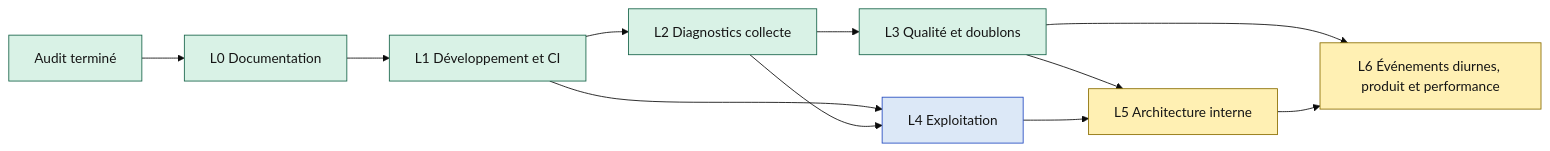
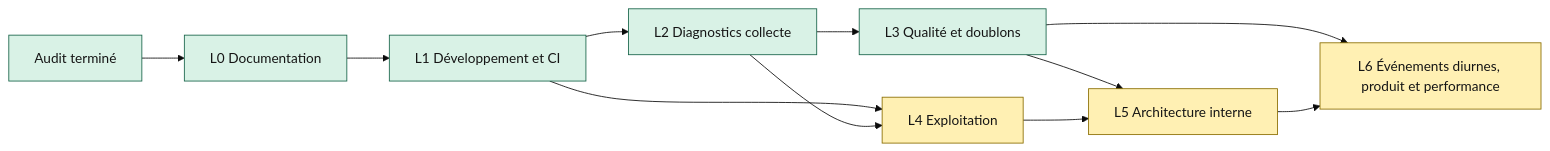
One commit to VinniMo/samstag changed the diagram in docs/diagrams/implementation-roadmap.mmd. Above: the diagram before and after it, drawn with Mermaid (base theme). The commit also changed 10 other files, not shown here.

```diff
--- a/docs/diagrams/implementation-roadmap.mmd
+++ b/docs/diagrams/implementation-roadmap.mmd
@@ -1,21 +1,21 @@
 flowchart LR
     A[Audit terminé] --> L0[L0 Documentation]
     L0 --> L1[L1 Développement et CI]
     L1 --> L2[L2 Diagnostics collecte]
     L2 --> L3[L3 Qualité et doublons]
     L1 --> L4[L4 Exploitation]
     L2 --> L4
     L3 --> L5[L5 Architecture interne]
     L4 --> L5
     L3 --> L6[L6 Événements diurnes, produit et performance]
     L5 --> L6
 
     classDef done fill:#d9f2e6,stroke:#176449,color:#151515
     classDef doing fill:#fff0b3,stroke:#8a6d00,color:#151515
     classDef ready fill:#dce8f7,stroke:#244bc0,color:#151515
     classDef todo fill:#f1f0ec,stroke:#77736a,color:#151515
     classDef blocked fill:#f7d9e6,stroke:#a3004f,color:#151515
 
     class A,L0,L1,L2,L3 done
-    class L4 ready
+    class L4 doing
     class L5,L6 doing
```
